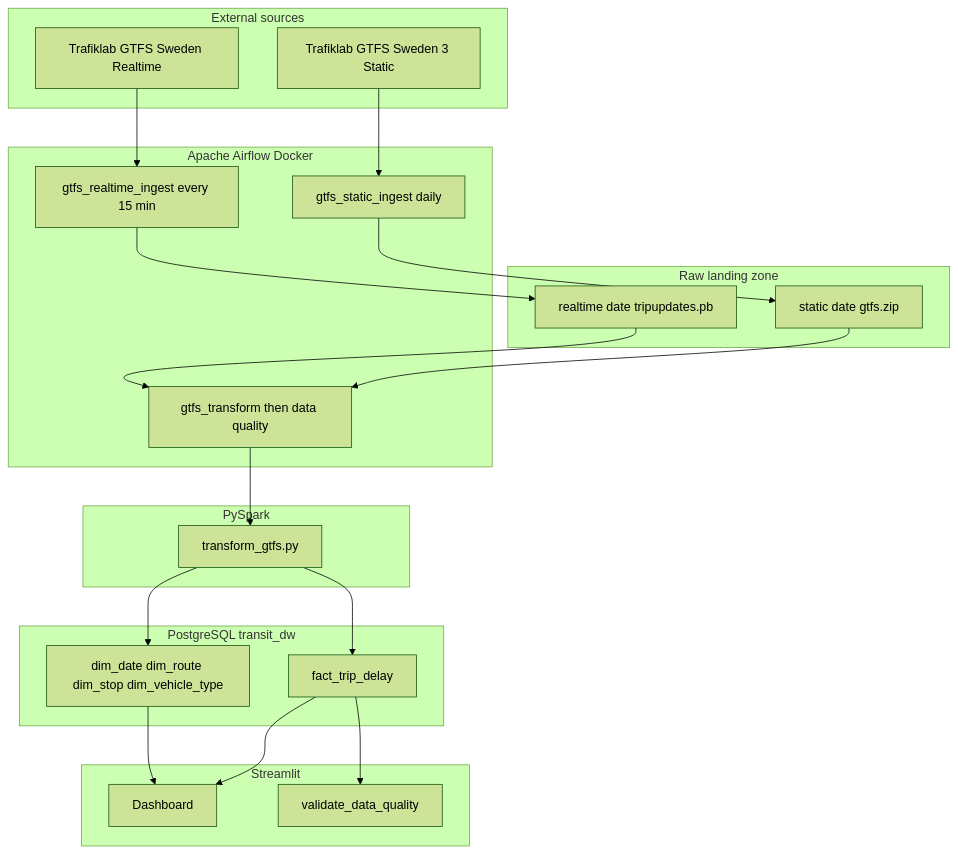
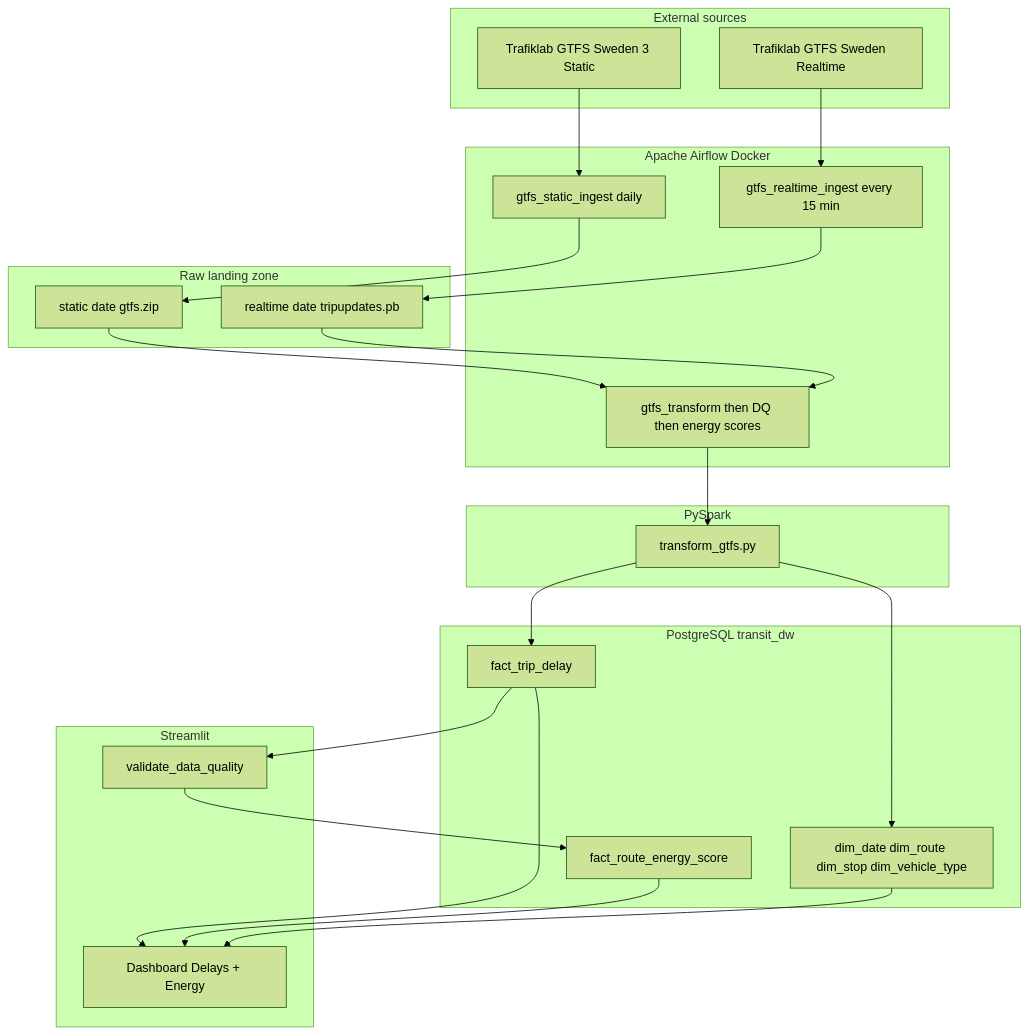
The diagram in docs/02-architecture.md (gvarun20/Real_Time_Delay_Analytics_Swedish_Public_Transport), drawn with Mermaid (forest theme) before and after one commit. The commit also changed other lines of this file and 15 other files, not shown here.

````diff
--- a/docs/02-architecture.md
+++ b/docs/02-architecture.md
@@ -5,43 +5,46 @@
 ```mermaid
 flowchart TB
     subgraph Sources["External sources"]
         TL_S["Trafiklab GTFS Sweden 3 Static"]
         TL_R["Trafiklab GTFS Sweden Realtime"]
     end
 
     subgraph Orchestration["Apache Airflow Docker"]
         DAG_S["gtfs_static_ingest daily"]
         DAG_R["gtfs_realtime_ingest every 15 min"]
-        DAG_T["gtfs_transform then data quality"]
+        DAG_T["gtfs_transform then DQ then energy scores"]
     end
 
     subgraph Raw["Raw landing zone"]
         STATIC["static date gtfs.zip"]
         RT["realtime date tripupdates.pb"]
     end
 
     subgraph Transform["PySpark"]
         SPARK["transform_gtfs.py"]
     end
 
     subgraph Warehouse["PostgreSQL transit_dw"]
         DIMS["dim_date dim_route dim_stop dim_vehicle_type"]
         FACT["fact_trip_delay"]
+        ENERGY["fact_route_energy_score"]
     end
 
     subgraph Serve["Streamlit"]
-        DASH["Dashboard"]
+        DASH["Dashboard Delays + Energy"]
         DQ["validate_data_quality"]
     end
 
     TL_S --> DAG_S --> STATIC
     TL_R --> DAG_R --> RT
     STATIC --> DAG_T
     RT --> DAG_T
     DAG_T --> SPARK
     SPARK --> DIMS
     SPARK --> FACT
     FACT --> DQ
+    DQ --> ENERGY
     FACT --> DASH
+    ENERGY --> DASH
     DIMS --> DASH
 ```
````
